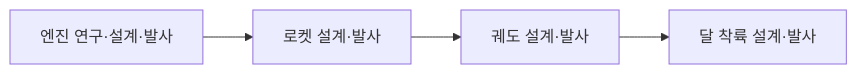
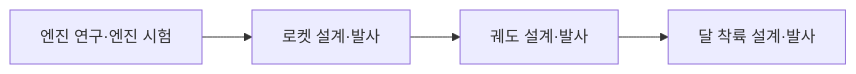
One commit to NHNAI-26/2026NHNAI changed the second of 2 diagrams in docs/artemis-2026-gdd/02_전체_플레이_흐름.md. Above: the diagram before and after it, drawn with Mermaid. The commit also changed other lines of this file and 20 other files, not shown here.

````diff
--- a/docs/artemis-2026-gdd/02_전체_플레이_흐름.md
+++ b/docs/artemis-2026-gdd/02_전체_플레이_흐름.md
@@ -94,6 +97,6 @@
 ```mermaid
 flowchart LR
-    E[엔진 연구·설계·발사] --> R[로켓 설계·발사]
+    E[엔진 연구·엔진 시험] --> R[로켓 설계·발사]
     R --> O[궤도 설계·발사]
     O --> M[달 착륙 설계·발사]
 ```
````
